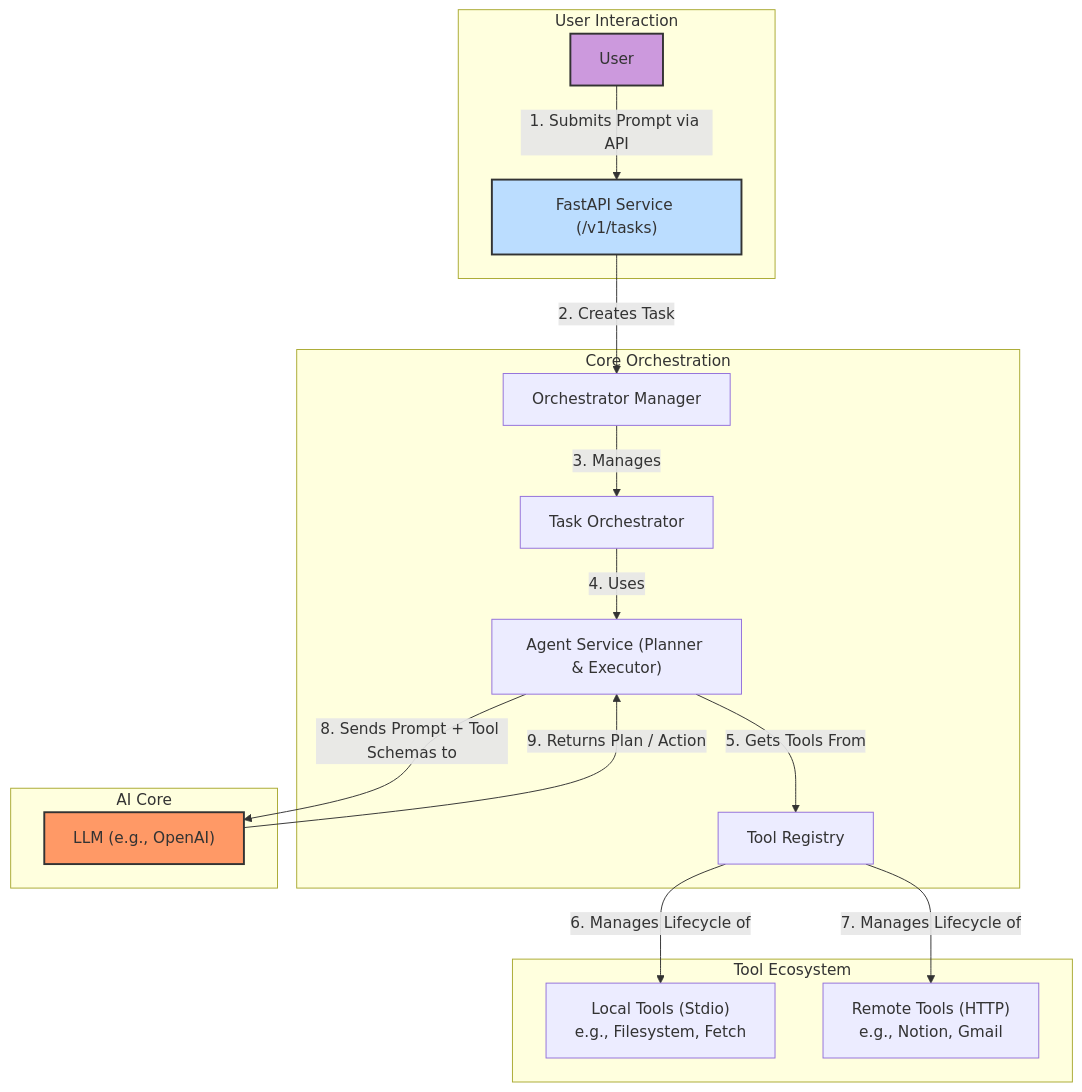
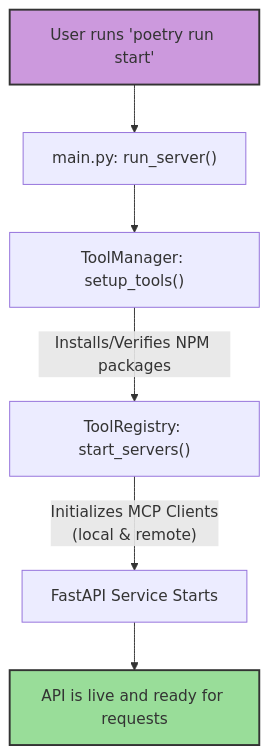
The first of 2 diagrams in README.md (Cea-Labs/composer), drawn with Mermaid before and after one commit. The commit also changed other lines of this file, not shown here.

Commit message:
docs: Update and clarify architecture diagrams

````diff
--- a/README.md
+++ b/README.md
@@ -9,27 +13,11 @@
 ```mermaid
 graph TD
-    subgraph User Interaction
-        User -- "1. Submits Prompt via API" --> APIService["FastAPI Service (/v1/tasks)"];
-    end
+    A["User runs 'poetry run start'"] --> B["main.py: run_server()"];
+    B --> C["ToolManager: setup_tools()"];
+    C -- "Installs/Verifies NPM packages" --> D["ToolRegistry: start_servers()"];
+    D -- "Initializes MCP Clients <br/>(local & remote)" --> E["FastAPI Service Starts"];
+    E --> F["API is live and ready for requests"];
 
-    subgraph Core Orchestration
-        APIService -- "2. Creates Task" --> OrchestratorManager["Orchestrator Manager"];
-        OrchestratorManager -- "3. Manages" --> TaskOrchestrator["Task Orchestrator"];
-        TaskOrchestrator -- "4. Uses" --> AgentService["Agent Service (Planner & Executor)"];
-        AgentService -- "5. Gets Tools From" --> ToolRegistry["Tool Registry"];
-    end
-
-    subgraph Tool Ecosystem
-        ToolRegistry -- "6. Manages Lifecycle of" --> LocalTools["Local Tools (Stdio)<br/>e.g., Filesystem, Fetch"];
-        ToolRegistry -- "7. Manages Lifecycle of" --> RemoteTools["Remote Tools (HTTP)<br/>e.g., Notion, Gmail"];
-    end
-
-    subgraph AI Core
-        AgentService -- "8. Sends Prompt + Tool Schemas to" --> LLM["LLM (e.g., OpenAI)"];
-        LLM -- "9. Returns Plan / Action" --> AgentService;
-    end
-
-    style User fill:#c9d,stroke:#333,stroke-width:2px
-    style APIService fill:#bdf,stroke:#333,stroke-width:2px
-    style LLM fill:#f96,stroke:#333,stroke-width:2px
+    style A fill:#c9d,stroke:#333,stroke-width:2px;
+    style F fill:#9d9,stroke:#333,stroke-width:2px;
 ```
````
